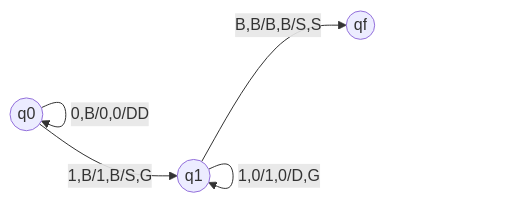
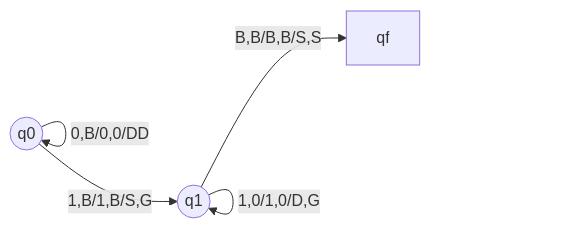
Before and after one commit to FlorianLatapie/PNS-SI4-S7_Algorithmique: the sixth of 8 diagrams in TDs/TD2/TD2.md, drawn with Mermaid. The commit also changed other lines of this file, not shown here.

````diff
--- a/TDs/TD2/TD2.md
+++ b/TDs/TD2/TD2.md
@@ -124,7 +125,7 @@
 ```mermaid
 graph LR
-    q0((q0)) --> | 0,B/0,0/DD | q0((q0))
-    q0((q0)) --> | 1,B/1,B/S,G | q1((q1))
-    q1((q1)) --> | 1,0/1,0/D,G | q1((q1))
-    q1((q1)) --> | B,B/B,B/S,S | qf((qf))
+    q0((q0)) --> | 0,B/0,0/DD | q0
+    q0((q0)) --> | 1,B/1,B/S,G | q1
+    q1((q1)) --> | 1,0/1,0/D,G | q1
+    q1((q1)) --> | B,B/B,B/S,S | qf
 ```
````
